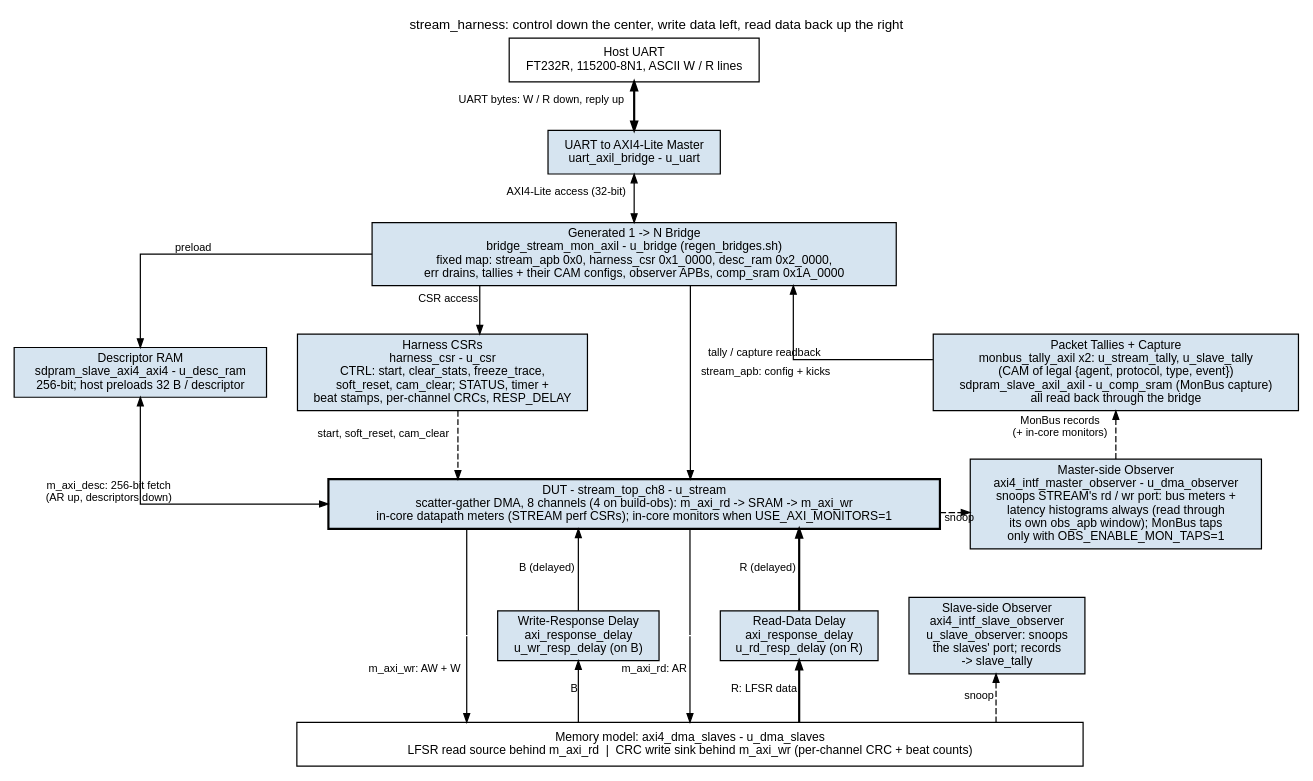
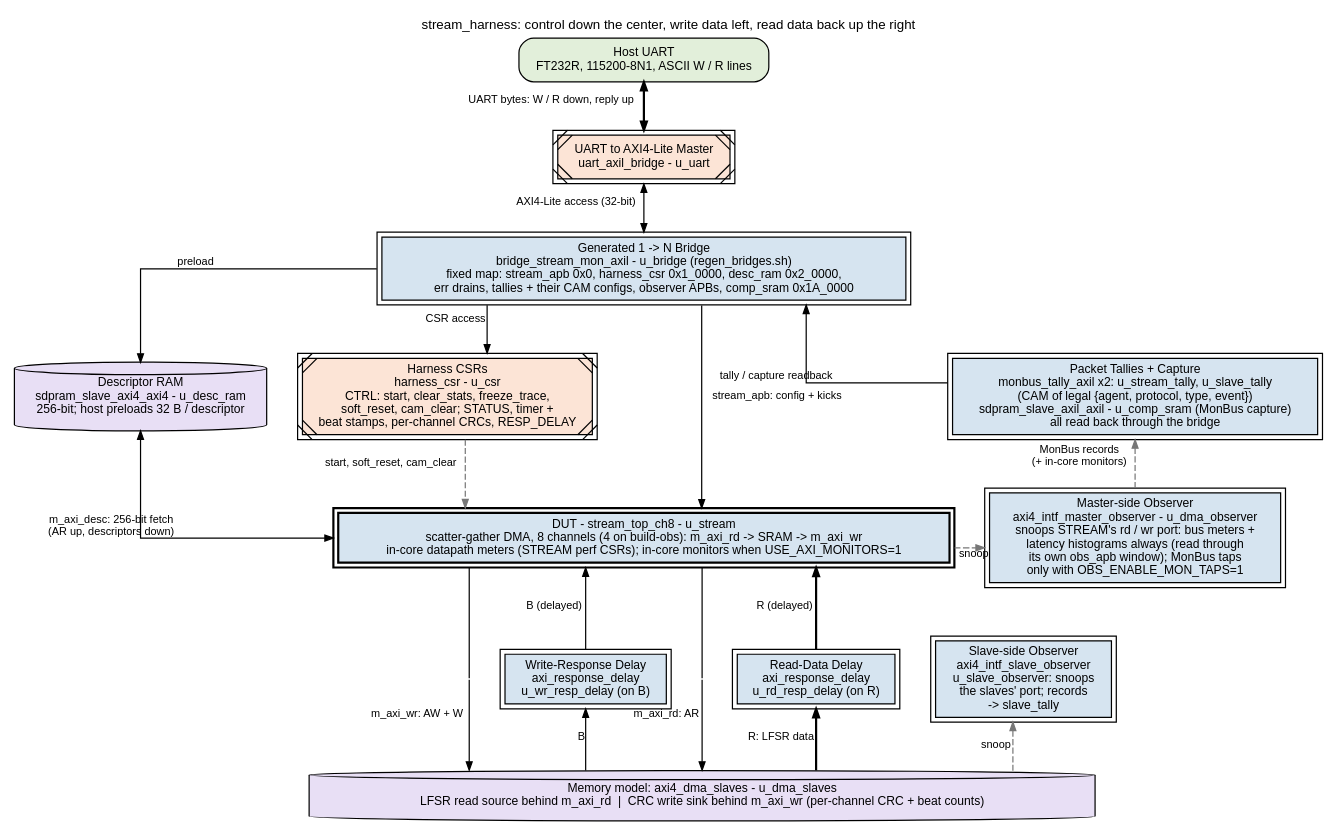
Before and after one commit to sean-galloway/RTLDesignSherpa: the diagram in projects/fpga-systems/Genesys2/dma-ip/stream/docs/stream_char_guide/assets/graphviz/01_harness_spine.dot, drawn with Graphviz. The commit also changed 1165 other files, not shown here.

First line of the commit message:
docs: every block diagram converted to the element key v3 (641 rendered)

```diff
--- a/projects/fpga-systems/Genesys2/dma-ip/stream/docs/stream_char_guide/assets/graphviz/01_harness_spine.dot
+++ b/projects/fpga-systems/Genesys2/dma-ip/stream/docs/stream_char_guide/assets/graphviz/01_harness_spine.dot
@@ -1,78 +1,78 @@
 // Figure 2.1 of the STREAM Characterization Guide: the same figure as the
 // STREAM FPGA System book Figure 2.1 (stream_fpga_system/assets/graphviz/
 // 02_harness_blocks.dot). Replaces assets/mermaid/01_harness_spine.mmd.
 // Keep the two in step when either changes.
 // Figure 2.1 -- stream_harness block map, in the house style
 // (vault/handbook/authoring/block-diagrams.md). Every block is an instance in
 // Genesys2/dma-ip/stream/rtl/stream_harness.sv.
 //   - Host UART on top; control runs down the center through the generated
 //     1 -> N bridge to the DUT's APB window.
 //   - The boundary bar is axi4_dma_slaves, the memory model under both DMA
 //     masters. Write data (AW + W) goes down the left, B comes back up
 //     through its delay; AR goes down and R climbs the right through its
 //     delay (the reference's spatial loop).
 //   - The two interface observers are pure snoops (every AXI port an input):
 //     the master observer on STREAM's own rd/wr port, the slave observer on
 //     the slaves' port. Their bus meters and latency histograms always count;
 //     only their MonBus taps are gated (OBS_ENABLE_MON_TAPS).
 //   - Tallies and capture are read back through the bridge (named in their
 //     labels, not drawn as N edges back to the top).
 digraph harness_blocks {
     graph [rankdir=TB, bgcolor="white", fontname="Helvetica", fontsize=11,
            nodesep="0.35", ranksep="0.55", splines=ortho, newrank=true,
            label="stream_harness: control down the center, write data left, read data back up the right", labelloc=t];
     node  [fontname="Helvetica", fontsize=10, shape=box, style=filled,
-           fillcolor="#D6E4F0", color="black", margin="0.12,0.06"];
+           fillcolor="white", color="black", margin="0.12,0.06"];
     edge  [fontname="Helvetica", fontsize=9, color="black", arrowsize=0.7];
 
-    host  [group=C, label="Host UART\nFT232R, 115200-8N1, ASCII W / R lines", fillcolor="white"];
-    uart  [group=C, label="UART to AXI4-Lite Master\nuart_axil_bridge - u_uart"];
-    brg   [group=C, label="Generated 1 -> N Bridge\nbridge_stream_mon_axil - u_bridge (regen_bridges.sh)\nfixed map: stream_apb 0x0, harness_csr 0x1_0000, desc_ram 0x2_0000,\nerr drains, tallies + their CAM configs, observer APBs, comp_sram 0x1A_0000", width=6];
+    host  [group=C, label="Host UART\nFT232R, 115200-8N1, ASCII W / R lines", fillcolor="white", style="rounded,filled", fillcolor="#E2EFDA"];
+    uart  [group=C, label="UART to AXI4-Lite Master\nuart_axil_bridge - u_uart", peripheries=2, style="filled,diagonals", fillcolor="#FCE4D6"];
+    brg   [group=C, label="Generated 1 -> N Bridge\nbridge_stream_mon_axil - u_bridge (regen_bridges.sh)\nfixed map: stream_apb 0x0, harness_csr 0x1_0000, desc_ram 0x2_0000,\nerr drains, tallies + their CAM configs, observer APBs, comp_sram 0x1A_0000", width=6, peripheries=2, style="filled", fillcolor="#D6E4F0"];
 
-    csr   [group=L, label="Harness CSRs\nharness_csr - u_csr\nCTRL: start, clear_stats, freeze_trace,\nsoft_reset, cam_clear; STATUS, timer +\nbeat stamps, per-channel CRCs, RESP_DELAY"];
-    desc  [group=L2, label="Descriptor RAM\nsdpram_slave_axi4_axi4 - u_desc_ram\n256-bit; host preloads 32 B / descriptor"];
-    tally [group=R, label="Packet Tallies + Capture\nmonbus_tally_axil x2: u_stream_tally, u_slave_tally\n(CAM of legal {agent, protocol, type, event})\nsdpram_slave_axil_axil - u_comp_sram (MonBus capture)\nall read back through the bridge"];
+    csr   [group=L, label="Harness CSRs\nharness_csr - u_csr\nCTRL: start, clear_stats, freeze_trace,\nsoft_reset, cam_clear; STATUS, timer +\nbeat stamps, per-channel CRCs, RESP_DELAY", peripheries=2, style="filled,diagonals", fillcolor="#FCE4D6"];
+    desc  [group=L2, label="Descriptor RAM\nsdpram_slave_axi4_axi4 - u_desc_ram\n256-bit; host preloads 32 B / descriptor", shape=cylinder, style="filled", fillcolor="#E8DFF5"];
+    tally [group=R, label="Packet Tallies + Capture\nmonbus_tally_axil x2: u_stream_tally, u_slave_tally\n(CAM of legal {agent, protocol, type, event})\nsdpram_slave_axil_axil - u_comp_sram (MonBus capture)\nall read back through the bridge", peripheries=2, style="filled", fillcolor="#D6E4F0"];
 
-    dut   [group=C, label="DUT - stream_top_ch8 - u_stream\nscatter-gather DMA, 8 channels (4 on build-obs): m_axi_rd -> SRAM -> m_axi_wr\nin-core datapath meters (STREAM perf CSRs); in-core monitors when USE_AXI_MONITORS=1", width=7, penwidth=1.8];
+    dut   [group=C, label="DUT - stream_top_ch8 - u_stream\nscatter-gather DMA, 8 channels (4 on build-obs): m_axi_rd -> SRAM -> m_axi_wr\nin-core datapath meters (STREAM perf CSRs); in-core monitors when USE_AXI_MONITORS=1", width=7, penwidth=1.8, peripheries=2, style="filled", fillcolor="#D6E4F0"];
 
-    mobs  [group=R, label="Master-side Observer\naxi4_intf_master_observer - u_dma_observer\nsnoops STREAM's rd / wr port: bus meters +\nlatency histograms always (read through\nits own obs_apb window); MonBus taps\nonly with OBS_ENABLE_MON_TAPS=1"];
+    mobs  [group=R, label="Master-side Observer\naxi4_intf_master_observer - u_dma_observer\nsnoops STREAM's rd / wr port: bus meters +\nlatency histograms always (read through\nits own obs_apb window); MonBus taps\nonly with OBS_ENABLE_MON_TAPS=1", peripheries=2, style="filled", fillcolor="#D6E4F0"];
 
-    wdly  [group=L, label="Write-Response Delay\naxi_response_delay\nu_wr_resp_delay (on B)"];
-    rdly  [group=R2, label="Read-Data Delay\naxi_response_delay\nu_rd_resp_delay (on R)"];
-    sobs  [group=R, label="Slave-side Observer\naxi4_intf_slave_observer\nu_slave_observer: snoops\nthe slaves' port; records\n-> slave_tally"];
+    wdly  [group=L, label="Write-Response Delay\naxi_response_delay\nu_wr_resp_delay (on B)", peripheries=2, style="filled", fillcolor="#D6E4F0"];
+    rdly  [group=R2, label="Read-Data Delay\naxi_response_delay\nu_rd_resp_delay (on R)", peripheries=2, style="filled", fillcolor="#D6E4F0"];
+    sobs  [group=R, label="Slave-side Observer\naxi4_intf_slave_observer\nu_slave_observer: snoops\nthe slaves' port; records\n-> slave_tally", peripheries=2, style="filled", fillcolor="#D6E4F0"];
 
     p_aw  [shape=point, style=invis, width=0.01, label=""];
     p_ar  [shape=point, style=invis, width=0.01, label=""];
 
     bar   [group=C, label="Memory model: axi4_dma_slaves - u_dma_slaves\nLFSR read source behind m_axi_rd  |  CRC write sink behind m_axi_wr (per-channel CRC + beat counts)",
-           fillcolor="white", width=9];
+           fillcolor="white", width=9, shape=cylinder, style="filled", fillcolor="#E8DFF5"];
 
     { rank=same; csr; desc; tally; }
     desc -> csr -> tally [style=invis];
     { rank=same; dut; mobs; }
     dut -> mobs [style=invis];
     { rank=same; p_aw; wdly; p_ar; rdly; sobs; }
     p_aw -> wdly -> p_ar -> rdly -> sobs [style=invis];
 
     host -> uart [dir=both, penwidth=1.8, xlabel="UART bytes: W / R down, reply up"];
     uart -> brg  [dir=both, xlabel="AXI4-Lite access (32-bit)"];
     brg  -> csr  [xlabel="CSR access"];
     brg  -> desc [xlabel="preload"];
     brg  -> tally [dir=back, xlabel="tally / capture readback"];
     brg  -> dut  [xlabel="stream_apb: config + kicks"];
-    csr  -> dut  [style=dashed, xlabel="start, soft_reset, cam_clear"];
+    csr  -> dut  [style=dashed, color="#777777", xlabel="start, soft_reset, cam_clear"];
     desc -> dut  [dir=both, xlabel="m_axi_desc: 256-bit fetch\n(AR up, descriptors down)"];
 
     dut  -> p_aw [dir=none];
     p_aw -> bar  [xlabel="m_axi_wr: AW + W"];
     dut  -> wdly [dir=back, xlabel="B (delayed)"];
     wdly -> bar  [dir=back, xlabel="B"];
     dut  -> p_ar [dir=none];
     p_ar -> bar  [xlabel="m_axi_rd: AR"];
     dut  -> rdly [dir=back, penwidth=1.8, xlabel="R (delayed)"];
     rdly -> bar  [dir=back, penwidth=1.8, xlabel="R: LFSR data"];
 
-    dut  -> mobs [style=dashed, constraint=false, xlabel="snoop"];
-    sobs -> bar  [style=dashed, dir=back, xlabel="snoop"];
-    mobs -> tally [style=dashed, xlabel="MonBus records\n(+ in-core monitors)"];
+    dut  -> mobs [style=dashed, color="#777777", constraint=false, xlabel="snoop"];
+    sobs -> bar  [style=dashed, color="#777777", dir=back, xlabel="snoop"];
+    mobs -> tally [style=dashed, color="#777777", xlabel="MonBus records\n(+ in-core monitors)"];
 }
```
